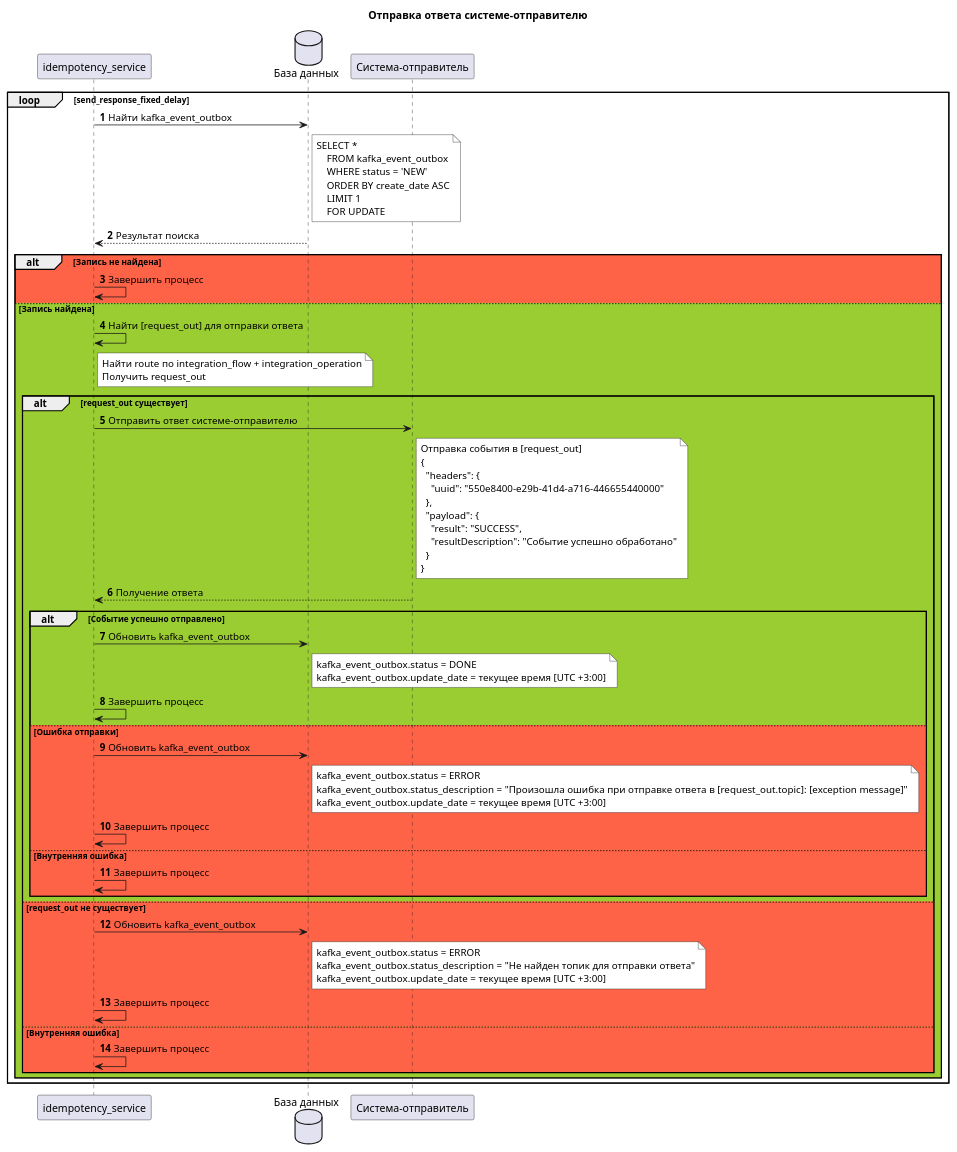
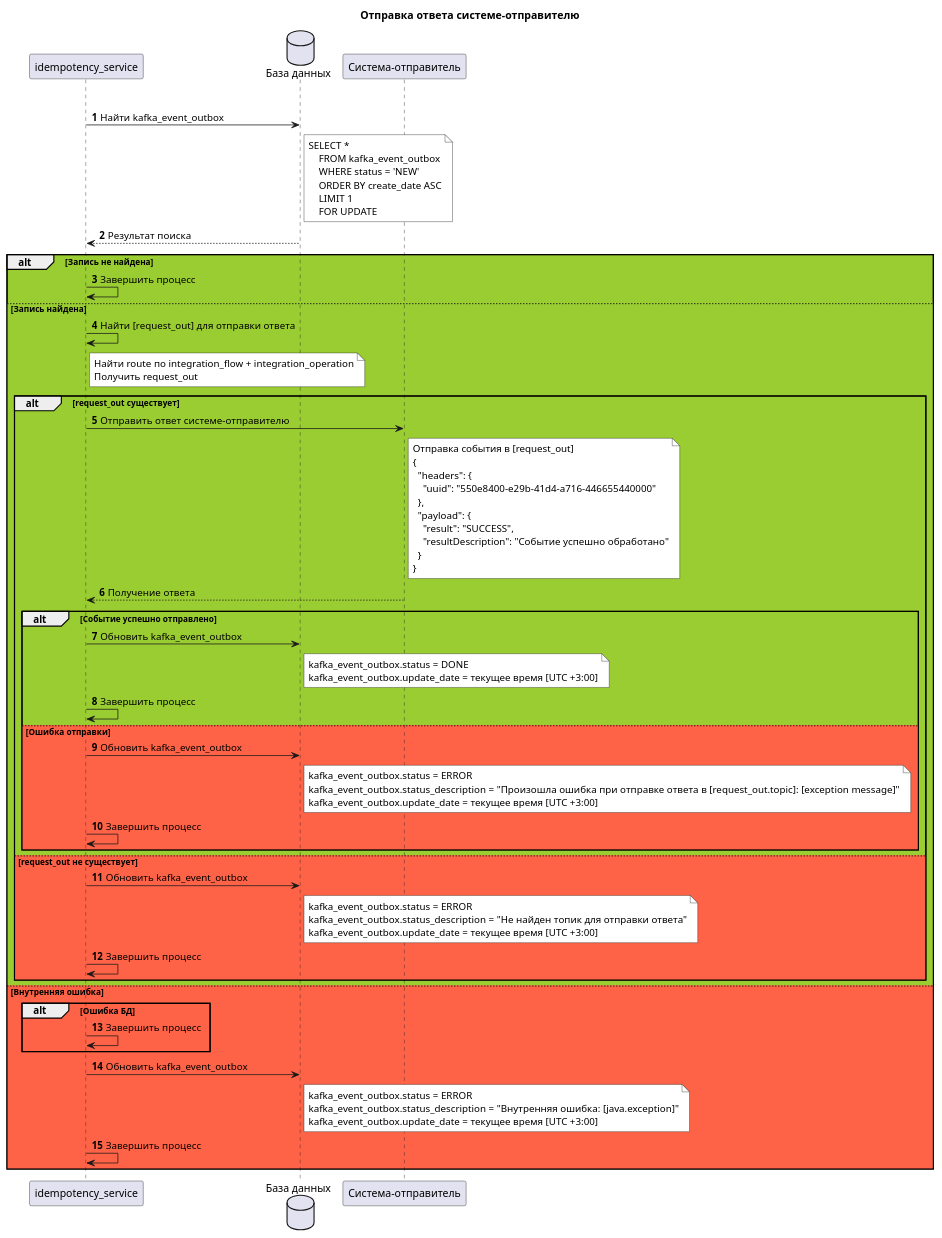
One commit to idempotence-service/core changed the diagram in architecture/2.puml. Above: the diagram before and after it, drawn with PlantUML. The commit also changed 6 other files, not shown here.

```diff
--- a/architecture/2.puml
+++ b/architecture/2.puml
@@ -1,79 +1,85 @@
 @startuml
 title Отправка ответа системе-отправителю
 
 autonumber
 
 participant "idempotency_service" as IdemService
 database "База данных" as DB
 participant "Система-отправитель" as Sender
 
 loop send_response_fixed_delay
 
     IdemService -> DB : Найти kafka_event_outbox
     note right of DB #FFFFFF
         SELECT *
             FROM kafka_event_outbox
             WHERE status = 'NEW'
             ORDER BY create_date ASC
             LIMIT 1
             FOR UPDATE
     end note
     DB --> IdemService : Результат поиска
 
-    alt #tomato Запись не найдена
+    alt #yellowgreen Запись не найдена
         IdemService -> IdemService : Завершить процесс
     else #yellowgreen Запись найдена
         IdemService -> IdemService: Найти [request_out] для отправки ответа
         note right of IdemService #FFFFFF
             Найти route по integration_flow + integration_operation
             Получить request_out
         end note
 
         alt request_out существует
             IdemService -> Sender : Отправить ответ системе-отправителю
             note right of Sender #FFFFFF
                         Отправка события в [request_out]
                         {
                           "headers": {
                             "uuid": "550e8400-e29b-41d4-a716-446655440000"
                           },
                           "payload": {
                             "result": "SUCCESS",
                             "resultDescription": "Событие успешно обработано"
                           }
                         }
             end note
             Sender --> IdemService: Получение ответа
 
             alt Событие успешно отправлено
                 IdemService -> DB : Обновить kafka_event_outbox
                 note right of DB #FFFFFF
                     kafka_event_outbox.status = DONE
                     kafka_event_outbox.update_date = текущее время [UTC +3:00]
                 end note
                 IdemService -> IdemService : Завершить процесс
             else #tomato Ошибка отправки
                 IdemService -> DB : Обновить kafka_event_outbox
                 note right of DB #FFFFFF
                     kafka_event_outbox.status = ERROR
                     kafka_event_outbox.status_description = "Произошла ошибка при отправке ответа в [request_out.topic]: [exception message]"
                     kafka_event_outbox.update_date = текущее время [UTC +3:00]
                 end note
                 IdemService -> IdemService : Завершить процесс
-            else #tomato Внутренняя ошибка
-                IdemService -> IdemService : Завершить процесс
             end
         else #tomato request_out не существует
             IdemService -> DB : Обновить kafka_event_outbox
             note right of DB #FFFFFF
                 kafka_event_outbox.status = ERROR
                 kafka_event_outbox.status_description = "Не найден топик для отправки ответа"
                 kafka_event_outbox.update_date = текущее время [UTC +3:00]
             end note
             IdemService -> IdemService : Завершить процесс
-        else #tomato Внутренняя ошибка
-            IdemService -> IdemService : Завершить процесс
-        end
     end
+else #tomato Внутренняя ошибка
+    alt Ошибка БД
+        IdemService -> IdemService : Завершить процесс
+    end
+    IdemService -> DB : Обновить kafka_event_outbox
+    note right of DB #FFFFFF
+        kafka_event_outbox.status = ERROR
+        kafka_event_outbox.status_description = "Внутренняя ошибка: [java.exception]"
+        kafka_event_outbox.update_date = текущее время [UTC +3:00]
+    end note
+    IdemService -> IdemService : Завершить процесс
 end
 @enduml
```
